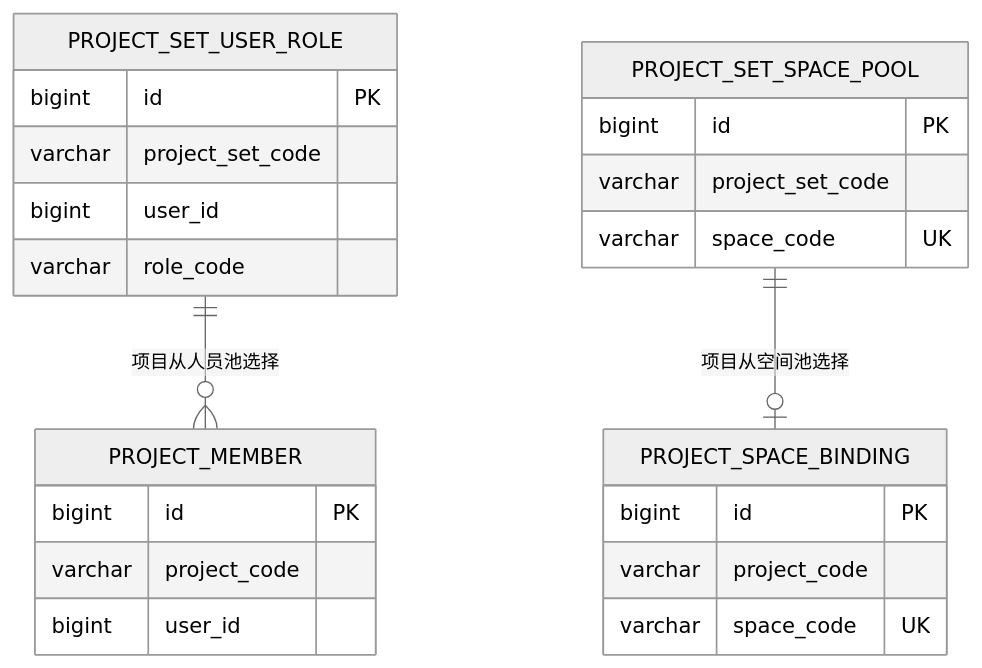
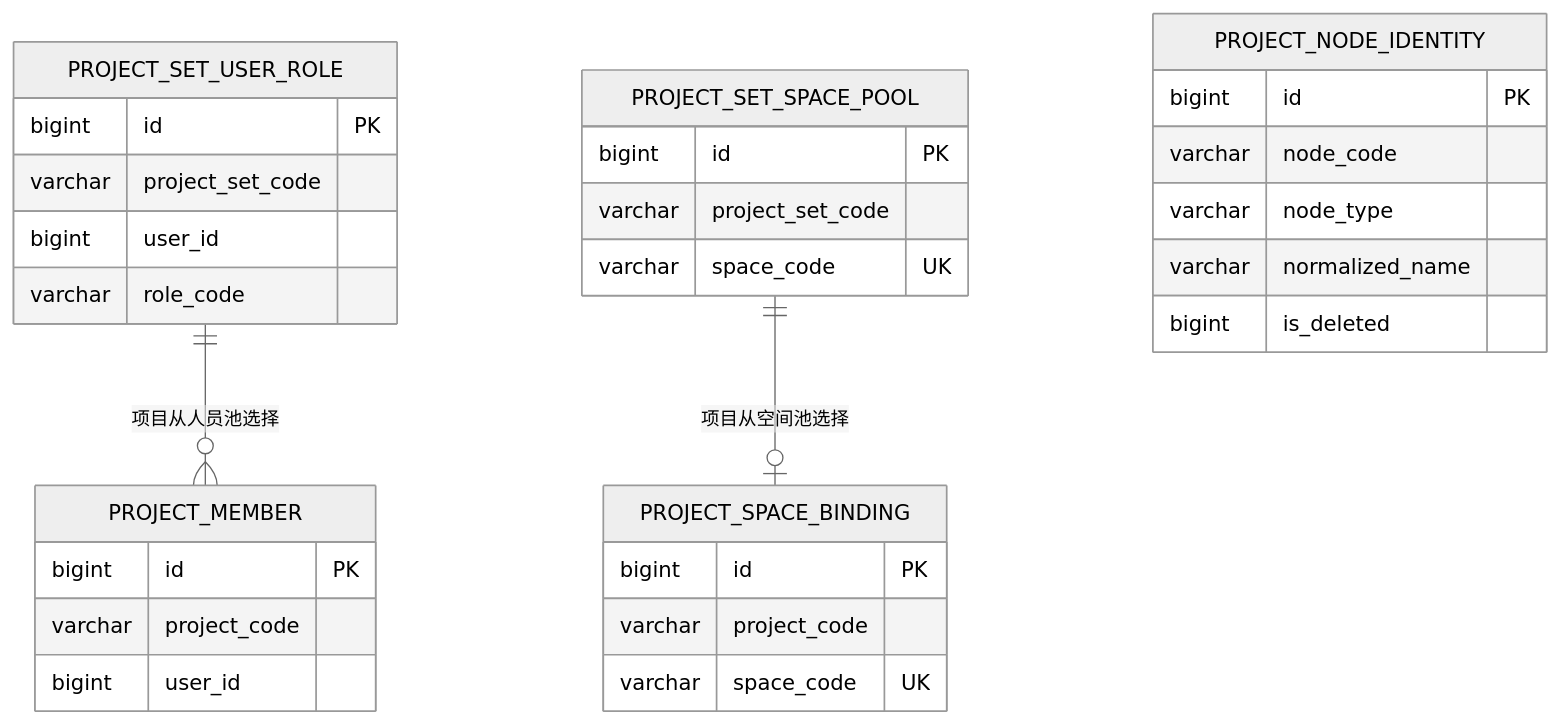
Before and after one commit to cnxutu/tu-devkit: the second of 2 diagrams in ai-guidance/products/company/device-inspection-platform/decisions/project-set-project-management.md, drawn with Mermaid (neutral theme). The commit also changed other lines of this file and 4 other files, not shown here.

````diff
--- a/ai-guidance/products/company/device-inspection-platform/decisions/project-set-project-management.md
+++ b/ai-guidance/products/company/device-inspection-platform/decisions/project-set-project-management.md
@@ -40,26 +43,33 @@
 ```mermaid
 erDiagram
   PROJECT_SET_USER_ROLE {
     bigint id PK
     varchar project_set_code
     bigint user_id
     varchar role_code
   }
   PROJECT_SET_SPACE_POOL {
     bigint id PK
     varchar project_set_code
     varchar space_code UK
   }
   PROJECT_MEMBER {
     bigint id PK
     varchar project_code
     bigint user_id
   }
   PROJECT_SPACE_BINDING {
     bigint id PK
     varchar project_code
     varchar space_code UK
   }
+  PROJECT_NODE_IDENTITY {
+    bigint id PK
+    varchar node_code
+    varchar node_type
+    varchar normalized_name
+    bigint is_deleted
+  }
   PROJECT_SET_USER_ROLE ||--o{ PROJECT_MEMBER : "项目从人员池选择"
   PROJECT_SET_SPACE_POOL ||--o| PROJECT_SPACE_BINDING : "项目从空间池选择"
 ```
````
